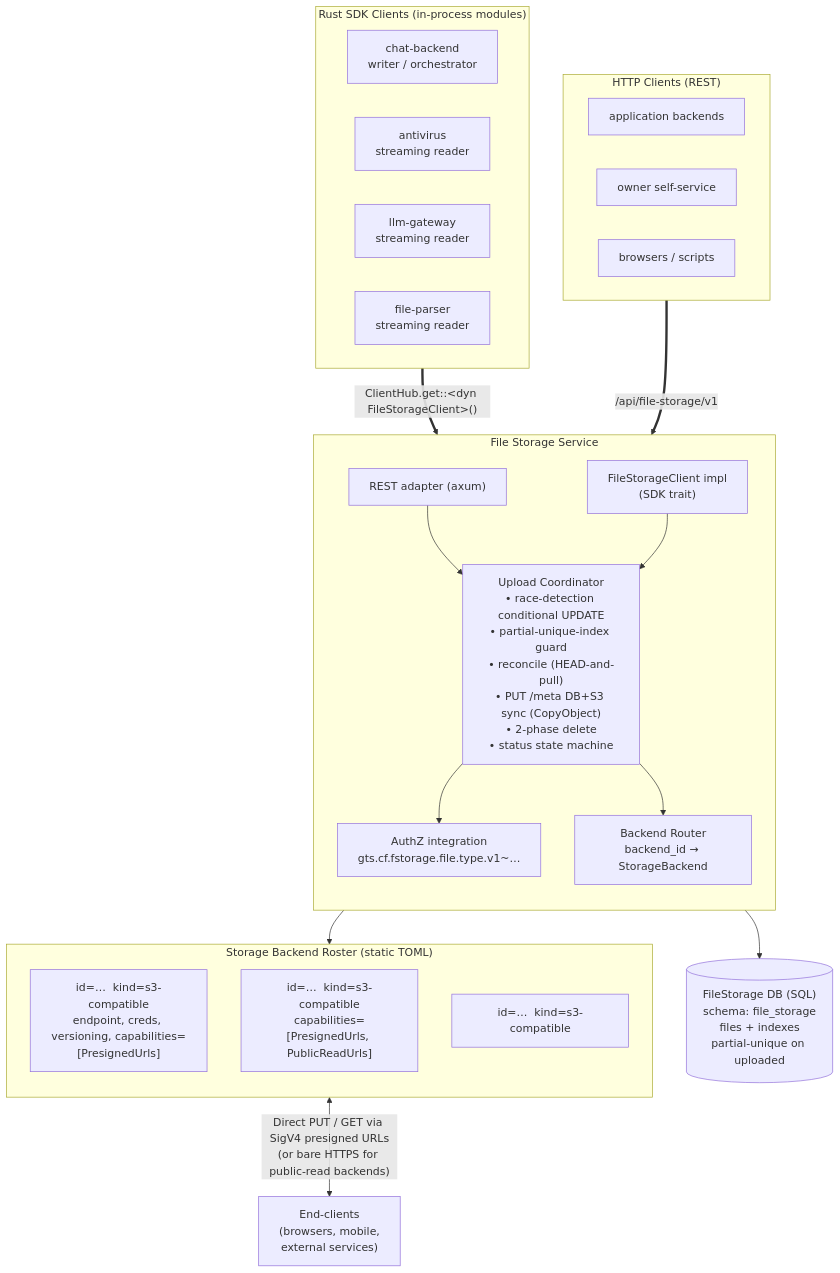
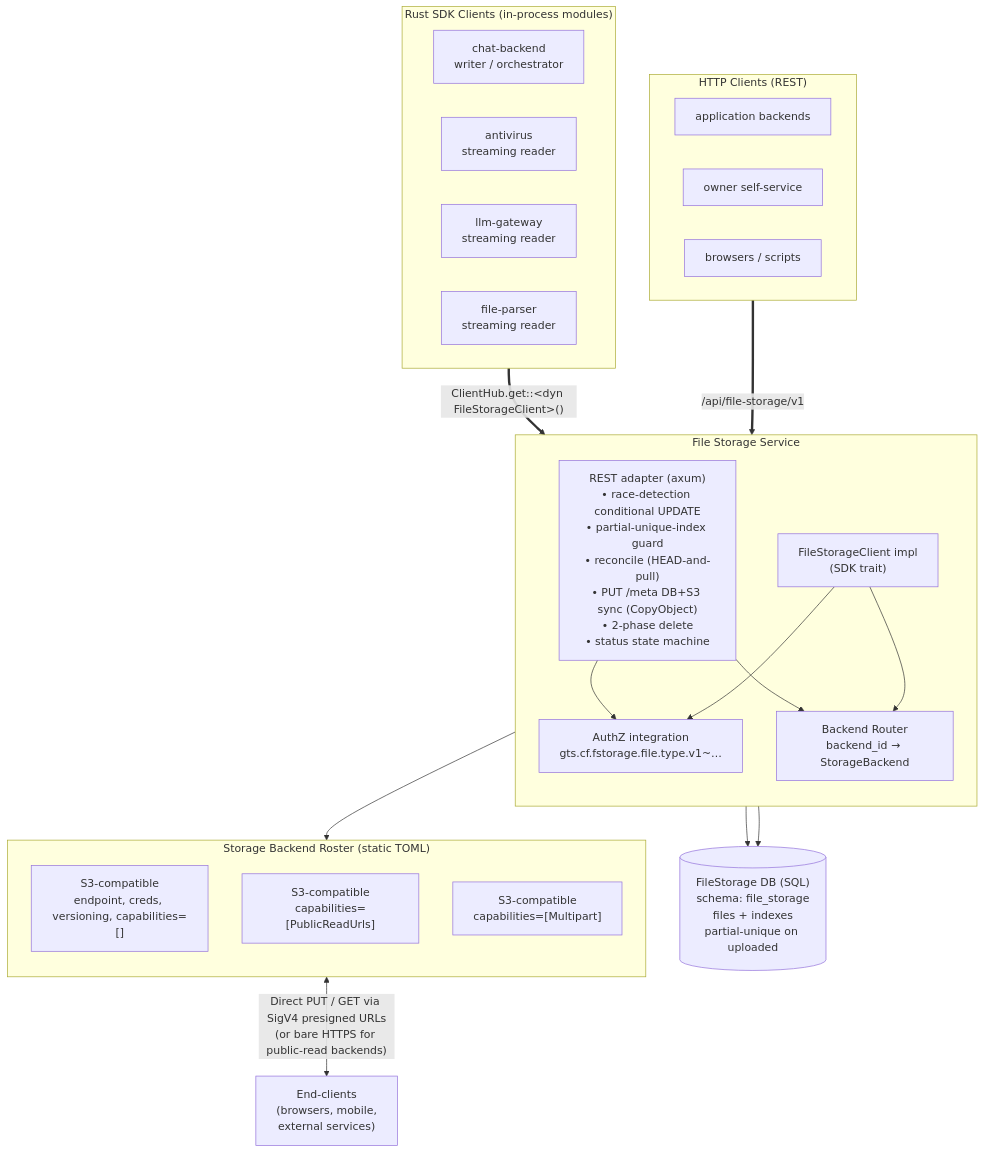
The third of 3 diagrams in modules/file-storage/docs/use-cases.md (ffedoroff/cyberfabric-core), drawn with Mermaid before and after one commit. The commit also changed other lines of this file and 6 other files, not shown here.

````diff
--- a/modules/file-storage/docs/use-cases.md
+++ b/modules/file-storage/docs/use-cases.md
@@ -362,47 +362,47 @@
 ```mermaid
 flowchart TB
     subgraph SDK["Rust SDK Clients (in-process modules)"]
         direction LR
         SDKChat["chat-backend<br/>writer / orchestrator"]
         SDKAv["antivirus<br/>streaming reader"]
         SDKLlm["llm-gateway<br/>streaming reader"]
         SDKFp["file-parser<br/>streaming reader"]
     end
 
     subgraph HTTP["HTTP Clients (REST)"]
         direction LR
         H1[application backends]
         H2[owner self-service]
         H3[browsers / scripts]
     end
 
     subgraph FS["File Storage Service"]
         direction TB
-        REST["REST adapter (axum)"]
+        REST["REST adapter (axum)<br/>• race-detection conditional UPDATE<br/>• partial-unique-index guard<br/>• reconcile (HEAD-and-pull)<br/>• PUT /meta DB+S3 sync (CopyObject)<br/>• 2-phase delete<br/>• status state machine"]
         SDKImpl["FileStorageClient impl<br/>(SDK trait)"]
-        UC["Upload Coordinator<br/>• race-detection conditional UPDATE<br/>• partial-unique-index guard<br/>• reconcile (HEAD-and-pull)<br/>• PUT /meta DB+S3 sync (CopyObject)<br/>• 2-phase delete<br/>• status state machine"]
         AUTHZ["AuthZ integration<br/>gts.cf.fstorage.file.type.v1~…"]
         BR["Backend Router<br/>backend_id → StorageBackend"]
-        REST --> UC
-        SDKImpl --> UC
-        UC --> AUTHZ
-        UC --> BR
+        REST --> AUTHZ
+        REST --> BR
+        SDKImpl --> AUTHZ
+        SDKImpl --> BR
     end
 
     DB[("FileStorage DB (SQL)<br/>schema: file_storage<br/>files + indexes<br/>partial-unique on uploaded")]
 
     subgraph ROSTER["Storage Backend Roster (static TOML)"]
         direction TB
-        B1["id=…  kind=s3-compatible<br/>endpoint, creds, versioning, capabilities=[PresignedUrls]"]
-        B2["id=…  kind=s3-compatible<br/>capabilities=[PresignedUrls, PublicReadUrls]"]
-        B3["id=…  kind=s3-compatible"]
+        B1["S3-compatible<br/>endpoint, creds, versioning, capabilities=[]"]
+        B2["S3-compatible<br/>capabilities=[PublicReadUrls]"]
+        B3["S3-compatible<br/>capabilities=[Multipart]"]
     end
 
     EC["End-clients<br/>(browsers, mobile,<br/>external services)"]
 
     SDK ==>|"ClientHub.get::&lt;dyn FileStorageClient&gt;()"| SDKImpl
     HTTP ==>|"/api/file-storage/v1"| REST
-    UC --> DB
+    REST --> DB
+    SDKImpl --> DB
     BR --> ROSTER
     ROSTER <-->|"Direct PUT / GET via SigV4 presigned URLs<br/>(or bare HTTPS for public-read backends)"| EC
 ```
````
